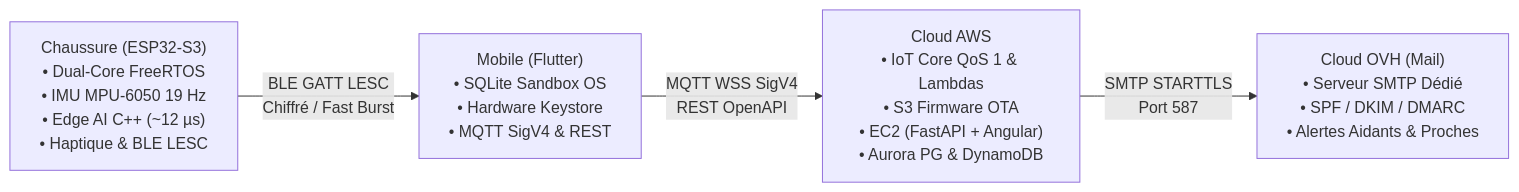
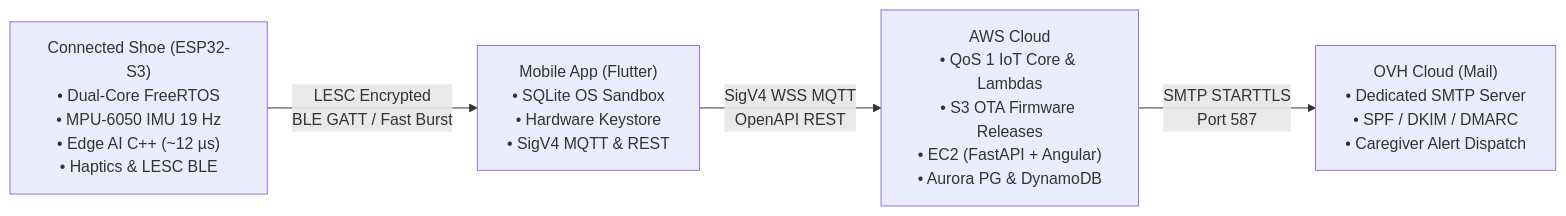
One commit to daverck/health-kicks-ecosystem changed the diagram in docs/presentation/presentation_healthkicks.md. Above: the diagram before and after it, drawn with Mermaid. The commit also changed other lines of this file and 20 other files, not shown here.

````diff
--- a/docs/presentation/presentation_healthkicks.md
+++ b/docs/presentation/presentation_healthkicks.md
@@ -81,6 +81,6 @@
 ```mermaid
 flowchart LR
-    A["Chaussure (ESP32-S3)<br/>• Dual-Core FreeRTOS<br/>• IMU MPU-6050 19 Hz<br/>• Edge AI C++ (~12 µs)<br/>• Haptique & BLE LESC"] -->|BLE GATT LESC<br/>Chiffré / Fast Burst| B["Mobile (Flutter)<br/>• SQLite Sandbox OS<br/>• Hardware Keystore<br/>• MQTT SigV4 & REST"]
-    B -->|MQTT WSS SigV4<br/>REST OpenAPI| C["Cloud AWS<br/>• IoT Core QoS 1 & Lambdas<br/>• S3 Firmware OTA<br/>• EC2 (FastAPI + Angular)<br/>• Aurora PG & DynamoDB"]
-    C -->|SMTP STARTTLS<br/>Port 587| D["Cloud OVH (Mail)<br/>• Serveur SMTP Dédié<br/>• SPF / DKIM / DMARC<br/>• Alertes Aidants & Proches"]
+    A["Connected Shoe (ESP32-S3)<br/>• Dual-Core FreeRTOS<br/>• MPU-6050 IMU 19 Hz<br/>• Edge AI C++ (~12 µs)<br/>• Haptics & LESC BLE"] -->|LESC Encrypted<br/>BLE GATT / Fast Burst| B["Mobile App (Flutter)<br/>• SQLite OS Sandbox<br/>• Hardware Keystore<br/>• SigV4 MQTT & REST"]
+    B -->|SigV4 WSS MQTT<br/>OpenAPI REST| C["AWS Cloud<br/>• QoS 1 IoT Core & Lambdas<br/>• S3 OTA Firmware Releases<br/>• EC2 (FastAPI + Angular)<br/>• Aurora PG & DynamoDB"]
+    C -->|SMTP STARTTLS<br/>Port 587| D["OVH Cloud (Mail)<br/>• Dedicated SMTP Server<br/>• SPF / DKIM / DMARC<br/>• Caregiver Alert Dispatch"]
 ```
````
